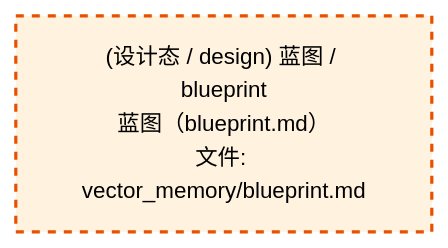
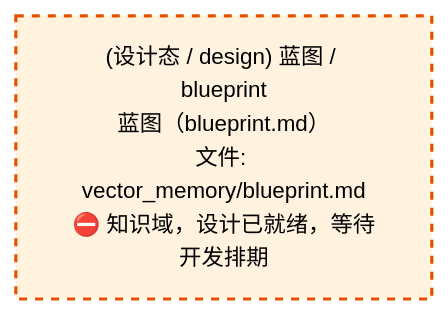
One commit to xuanFelixVan/ZephyrAlpha changed the second of 2 diagrams in docs/02_enterprise_architecture/02_domain_architecture_docs/58_d_knowledge.md. Above: the diagram before and after it, drawn with Mermaid. The commit also changed other lines of this file and 50 other files, not shown here.

````diff
--- a/docs/02_enterprise_architecture/02_domain_architecture_docs/58_d_knowledge.md
+++ b/docs/02_enterprise_architecture/02_domain_architecture_docs/58_d_knowledge.md
@@ -74,10 +74,10 @@
 ```mermaid
 %%{init: {'theme': 'base', 'themeVariables': {'primaryColor': '#eaeaea', 'primaryTextColor': '#333333', 'primaryBorderColor': '#666666', 'lineColor': '#666666', 'secondaryColor': '#eaeaea', 'tertiaryColor': '#eaeaea', 'fontSize': '14px'}}}%%
 flowchart TD
-    docs_03_modules_domain_knowledge_vector_memory_blueprint_md["(设计态 / design) 蓝图 / blueprint<br/>蓝图（blueprint.md）<br/>文件: vector_memory/blueprint.md"]
+    docs_03_modules_domain_knowledge_vector_memory_blueprint_md["(设计态 / design) 蓝图 / blueprint<br/>蓝图（blueprint.md）<br/>文件: vector_memory/blueprint.md<br/>⛔ 知识域，设计已就绪，等待开发排期"]
     classDef production fill:#e1f5fe,stroke:#01579b,stroke-width:2px,color:#000
     classDef design fill:#fff3e0,stroke:#e65100,stroke-width:2px,color:#000,stroke-dasharray: 5 5
     classDef external_prod fill:#e8f4fd,stroke:#0277bd,stroke-width:1px,color:#000
     classDef external_design fill:#fff8e7,stroke:#ef6c00,stroke-width:1px,color:#000,stroke-dasharray: 5 5
     class docs_03_modules_domain_knowledge_vector_memory_blueprint_md design
 ```
````
